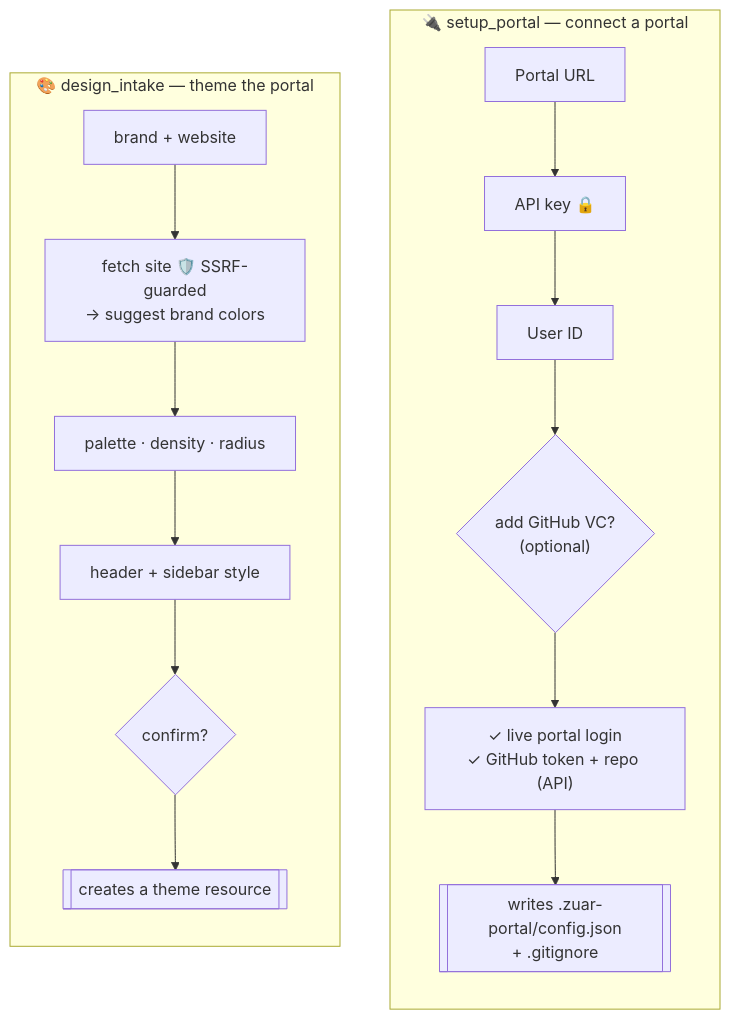
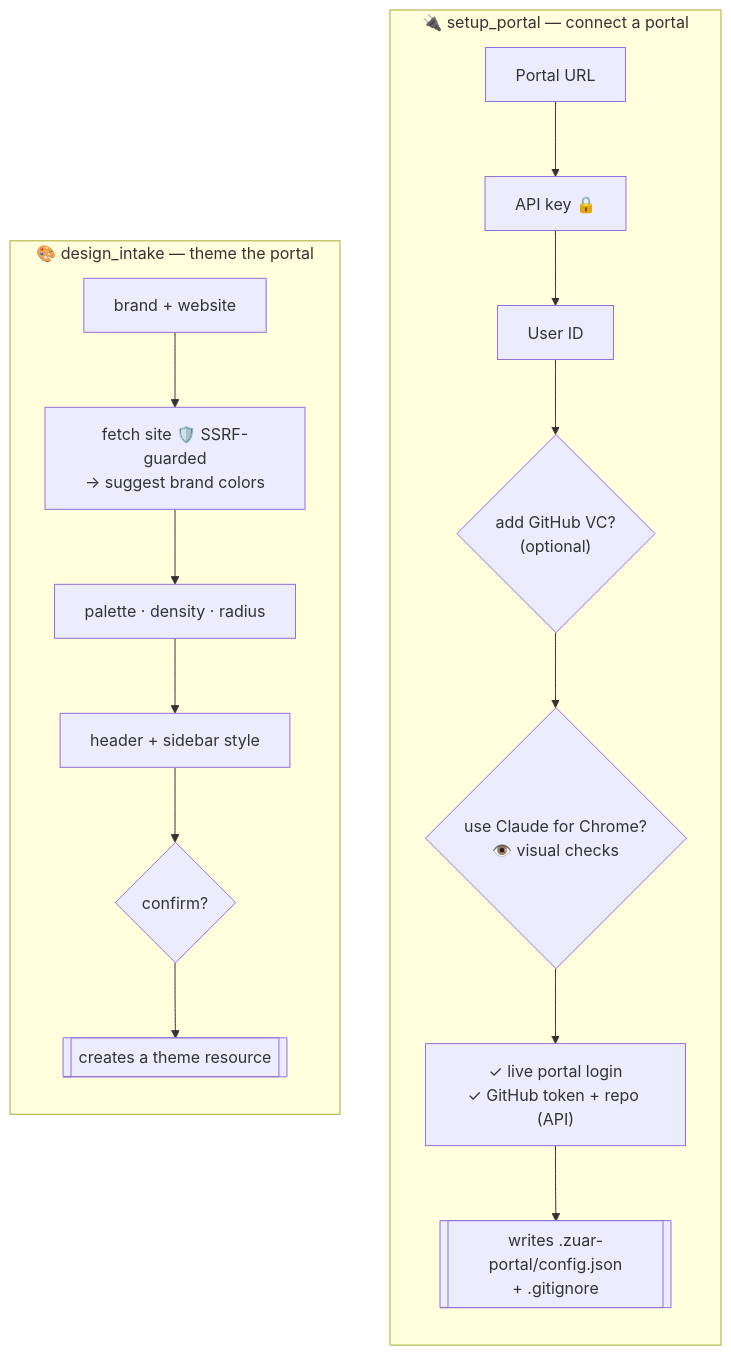
Before and after one commit to patrickdeanfox/zuar-portal-mcp: the third of 4 diagrams in README.md, drawn with Mermaid. The commit also changed other lines of this file and 16 other files, not shown here.

First line of the commit message:
feat(visual): Claude-for-Chrome visual sight across the agent pipeline (v2.9.0)

````diff
--- a/README.md
+++ b/README.md
@@ -234,13 +245,14 @@
 ```mermaid
 flowchart TB
     subgraph setup["🔌 setup_portal — connect a portal"]
         direction TB
         s1["Portal URL"] --> s2["API key 🔒"] --> s3["User ID"] --> s4{"add GitHub VC?<br/>(optional)"}
-        s4 --> s5["✓ live portal login<br/>✓ GitHub token + repo (API)"] --> s6[["writes .zuar-portal/config.json<br/>+ .gitignore"]]
+        s4 --> s4b{"use Claude for Chrome?<br/>👁️ visual checks"}
+        s4b --> s5["✓ live portal login<br/>✓ GitHub token + repo (API)"] --> s6[["writes .zuar-portal/config.json<br/>+ .gitignore"]]
     end
     subgraph intake["🎨 design_intake — theme the portal"]
         direction TB
         d1["brand + website"] --> d2["fetch site 🛡️ SSRF-guarded<br/>→ suggest brand colors"] --> d3["palette · density · radius"]
         d3 --> d4["header + sidebar style"] --> d5{"confirm?"} --> d6[["creates a theme resource"]]
     end
 ```
````
